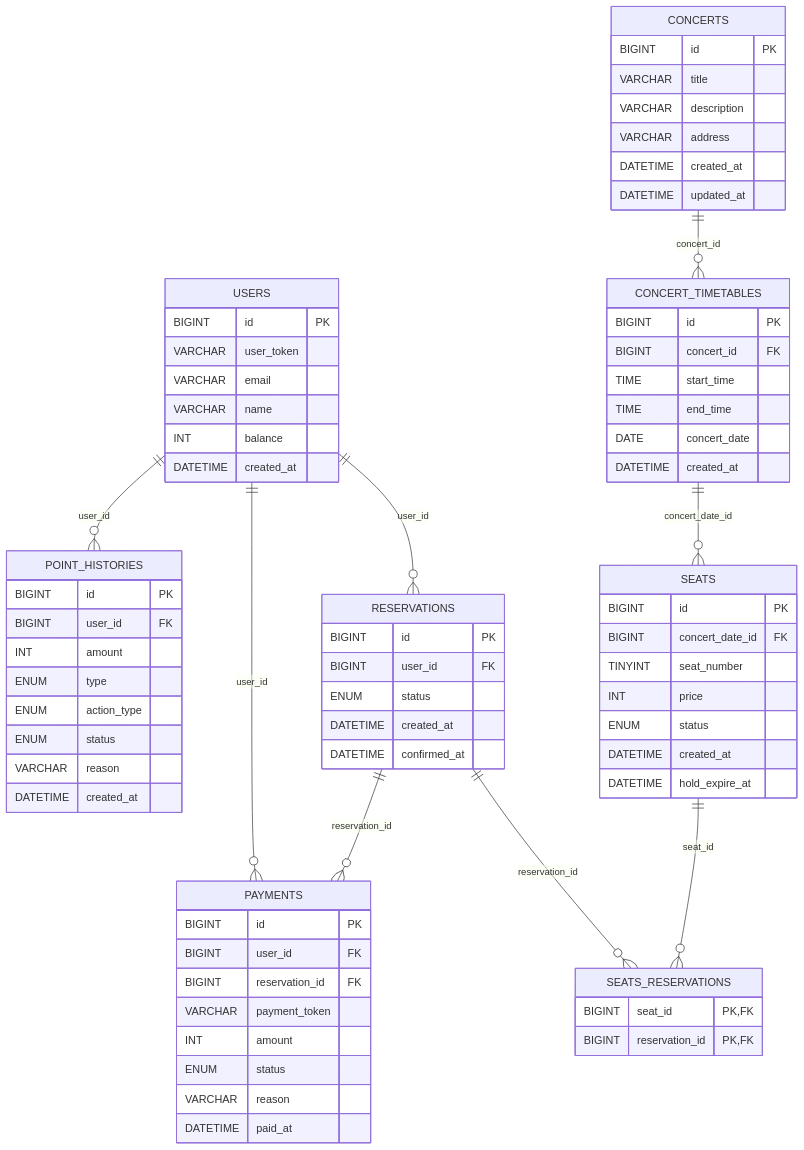
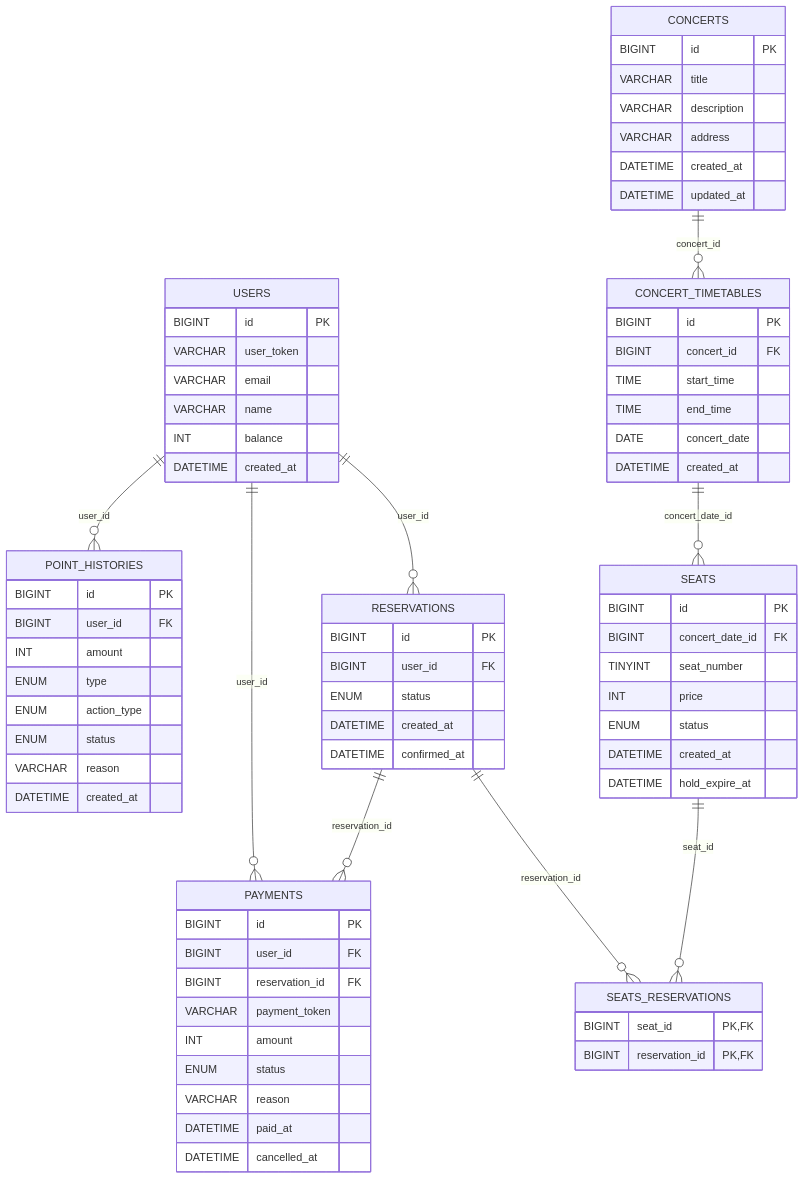
One commit to UHeeJoon/hanghae99-backend-plus-lite-server changed the diagram in docs/erd.md. Above: the diagram before and after it, drawn with Mermaid. The commit also changed other lines of this file, not shown here.

Commit message:
[#4] docs: erd 컬럼 수정

```diff
--- a/docs/erd.md
+++ b/docs/erd.md
@@ -69,6 +69,7 @@
         ENUM status
         VARCHAR reason
         DATETIME paid_at
+        DATETIME cancelled_at
     }
 
     POINT_HISTORIES {
```
